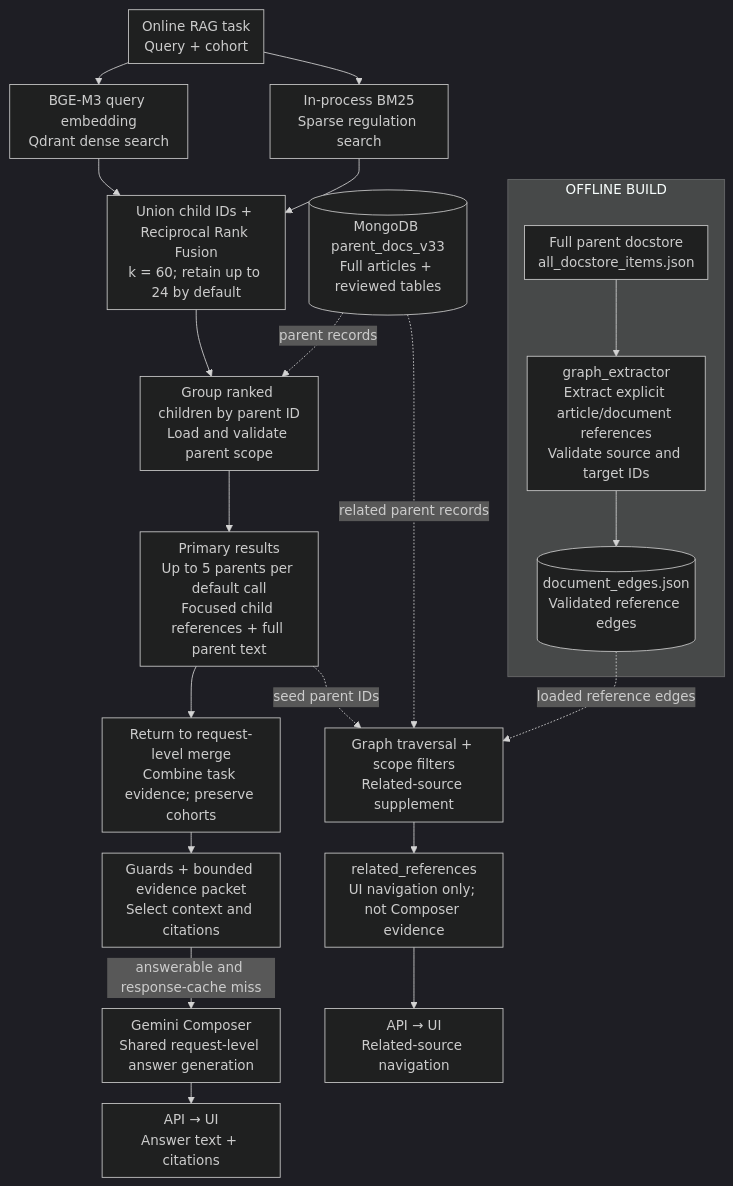
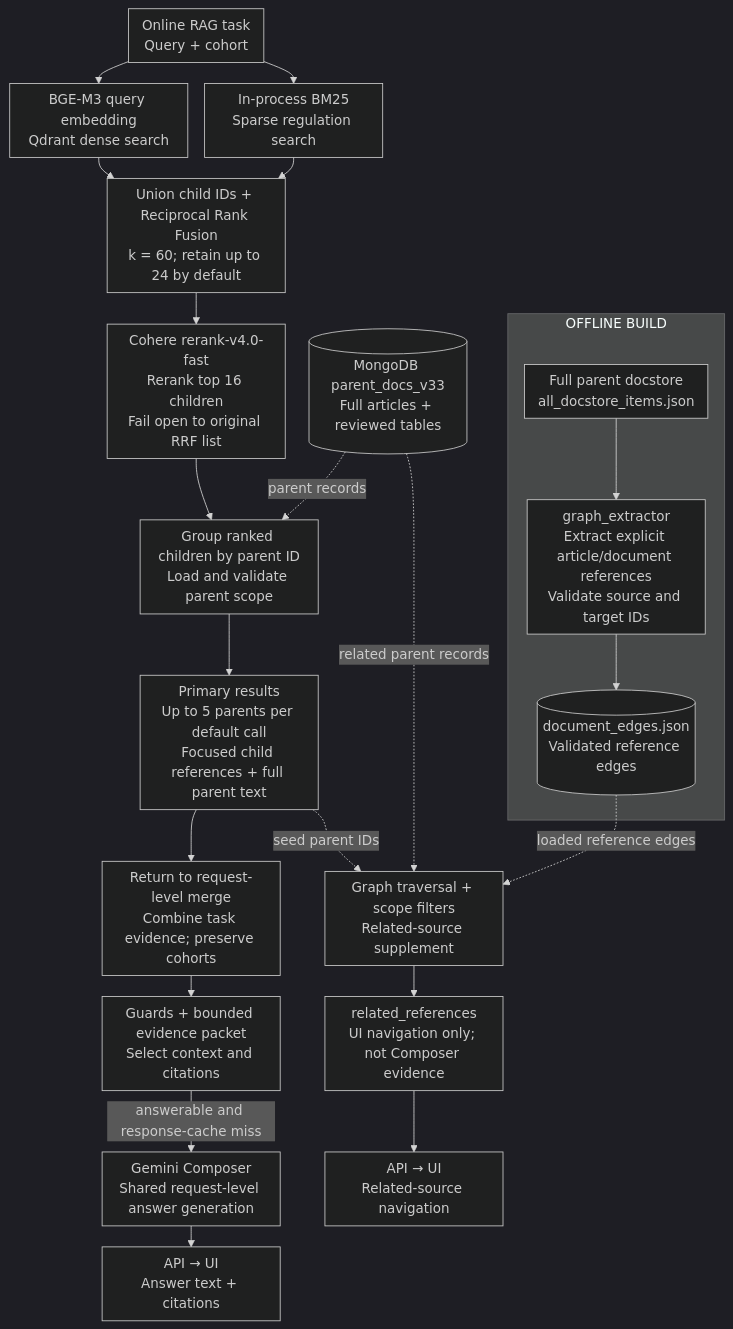
One commit to AnhPhiNe/student-handbook-rag-chatbot changed the fourth of 5 diagrams in README.md. Above: the diagram before and after it, drawn with Mermaid (dark theme). The commit also changed other lines of this file, not shown here.

Commit message:
docs: document Cohere rerank release candidate

```diff
--- a/README.md
+++ b/README.md
@@ -311,24 +311,25 @@
 ~~~mermaid
 %%{init: {"flowchart": {"wrappingWidth": 180, "nodeSpacing": 20, "rankSpacing": 25, "padding": 8}}}%%
 flowchart TD
     subgraph Offline["OFFLINE BUILD"]
         Docstore["Full parent docstore<br/>all_docstore_items.json"] --> Extract["graph_extractor<br/>Extract explicit article/document references<br/>Validate source and target IDs"]
         Extract --> Edges[("document_edges.json<br/>Validated reference edges")]
     end
     Task["Online RAG task<br/>Query + cohort"] --> Dense["BGE-M3 query embedding<br/>Qdrant dense search"]
     Task --> Sparse["In-process BM25<br/>Sparse regulation search"]
     Dense --> Fusion["Union child IDs + Reciprocal Rank Fusion<br/>k = 60; retain up to 24 by default"]
     Sparse --> Fusion
-    Fusion --> Group["Group ranked children by parent ID<br/>Load and validate parent scope"]
+    Fusion --> Rerank["Cohere rerank-v4.0-fast<br/>Rerank top 16 children<br/>Fail open to original RRF list"]
+    Rerank --> Group["Group ranked children by parent ID<br/>Load and validate parent scope"]
     Mongo[("MongoDB parent_docs_v33<br/>Full articles + reviewed tables")] -. parent records .-> Group
     Group --> Primary["Primary results<br/>Up to 5 parents per default call<br/>Focused child references + full parent text"]
     Primary --> Merge["Return to request-level merge<br/>Combine task evidence; preserve cohorts"]
     Merge --> Packet["Guards + bounded evidence packet<br/>Select context and citations"]
     Packet -->|answerable and response-cache miss| Composer["Gemini Composer<br/>Shared request-level answer generation"]
     Composer --> Answer["API → UI<br/>Answer text + citations"]
     Primary -. seed parent IDs .-> Graph["Graph traversal + scope filters<br/>Related-source supplement"]
     Mongo -. related parent records .-> Graph
     Graph --> Related["related_references<br/>UI navigation only; not Composer evidence"]
     Related --> Navigation["API → UI<br/>Related-source navigation"]
     Edges -. loaded reference edges .-> Graph
 ~~~
```
